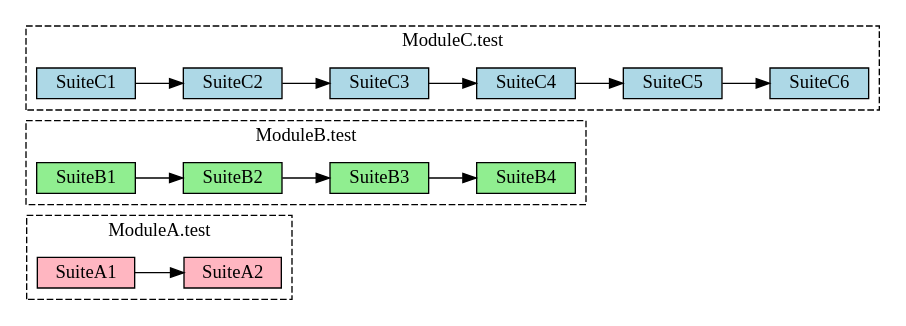
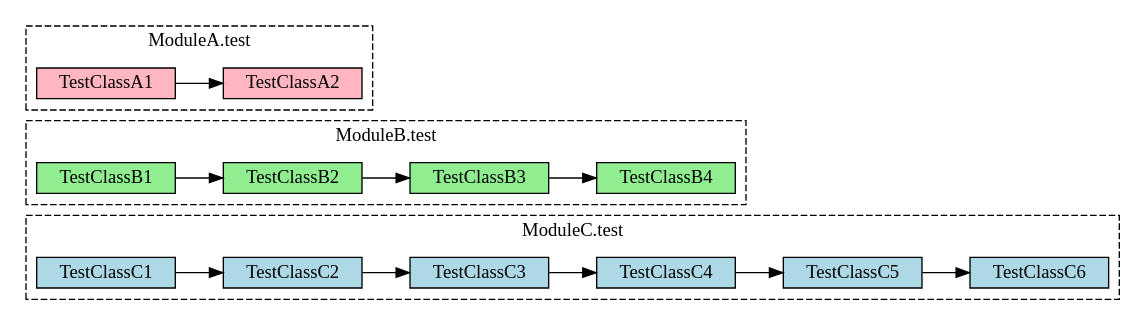
One commit to com-lihaoyi/mill changed the second of 5 diagrams in website/blog/modules/ROOT/pages/11-jvm-test-parallelism.adoc. Above: the diagram before and after it, drawn with Graphviz. The commit also changed other lines of this file, not shown here.

````diff
--- a/website/blog/modules/ROOT/pages/11-jvm-test-parallelism.adoc
+++ b/website/blog/modules/ROOT/pages/11-jvm-test-parallelism.adoc
@@ -148,36 +153,36 @@
 ```graphviz
 digraph G {
   rankdir=LR
   node [shape=box width=0 height=0]
 
-  subgraph cluster_a {
-      label="ModuleA.test"
+  subgraph cluster_c {
+      label="ModuleC.test"
       style="dashed"
-      SuiteA1 -> SuiteA2
-      SuiteA1 [style=filled fillcolor=lightpink]
-      SuiteA2 [style=filled fillcolor=lightpink]
+      TestClassC1 -> TestClassC2 -> TestClassC3 -> TestClassC4 -> TestClassC5 -> TestClassC6
+      TestClassC1 [style=filled fillcolor=lightblue]
+      TestClassC2 [style=filled fillcolor=lightblue]
+      TestClassC3 [style=filled fillcolor=lightblue]
+      TestClassC4 [style=filled fillcolor=lightblue]
+      TestClassC5 [style=filled fillcolor=lightblue]
+      TestClassC6 [style=filled fillcolor=lightblue]
   }
 
   subgraph cluster_b {
       label="ModuleB.test"
       style="dashed"
-      SuiteB1 -> SuiteB2 -> SuiteB3 -> SuiteB4
-      SuiteB1 [style=filled fillcolor=lightgreen]
-      SuiteB2 [style=filled fillcolor=lightgreen]
-      SuiteB3 [style=filled fillcolor=lightgreen]
-      SuiteB4 [style=filled fillcolor=lightgreen]
+      TestClassB1 -> TestClassB2 -> TestClassB3 -> TestClassB4
+      TestClassB1 [style=filled fillcolor=lightgreen]
+      TestClassB2 [style=filled fillcolor=lightgreen]
+      TestClassB3 [style=filled fillcolor=lightgreen]
+      TestClassB4 [style=filled fillcolor=lightgreen]
   }
 
-  subgraph cluster_c {
-      label="ModuleC.test"
+  subgraph cluster_a {
+      label="ModuleA.test"
       style="dashed"
-      SuiteC1 -> SuiteC2 -> SuiteC3 -> SuiteC4 -> SuiteC5 -> SuiteC6
-      SuiteC1 [style=filled fillcolor=lightblue]
-      SuiteC2 [style=filled fillcolor=lightblue]
-      SuiteC3 [style=filled fillcolor=lightblue]
-      SuiteC4 [style=filled fillcolor=lightblue]
-      SuiteC5 [style=filled fillcolor=lightblue]
-      SuiteC6 [style=filled fillcolor=lightblue]
+      TestClassA1 -> TestClassA2
+      TestClassA1 [style=filled fillcolor=lightpink]
+      TestClassA2 [style=filled fillcolor=lightpink]
   }
 }
 ```
````
